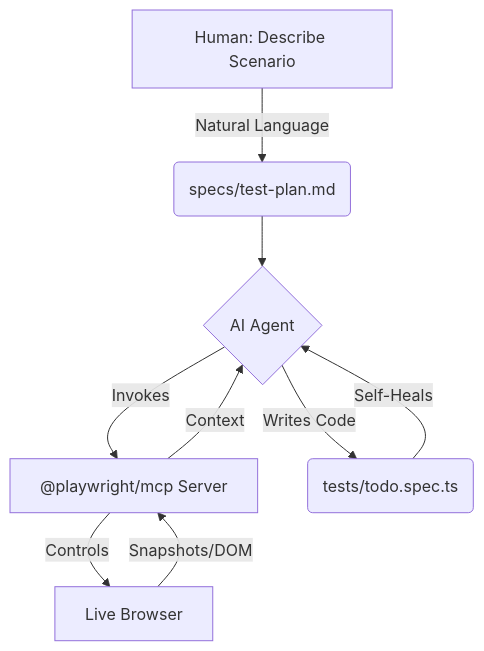
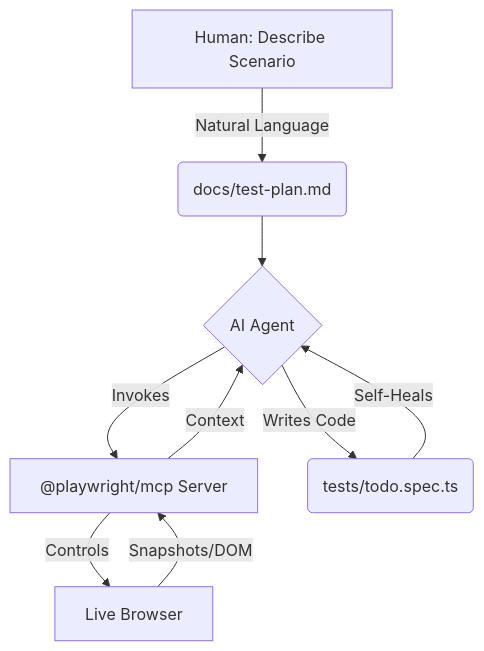
One commit to albertryanlamar/saucDemoPlaywright-MCP changed the diagram in README.md. Above: the diagram before and after it, drawn with Mermaid.

````diff
--- a/README.md
+++ b/README.md
@@ -35,11 +35,11 @@
 ```mermaid
 graph TD
-    A[Human: Describe Scenario] -->|Natural Language| B(specs/test-plan.md)
+    A[Human: Describe Scenario] -->|Natural Language| B(docs/test-plan.md)
     B --> C{AI Agent}
     C -->|Invokes| D["@playwright/mcp Server"]
     D -->|Controls| E[Live Browser]
     E -->|Snapshots/DOM| D
     D -->|Context| C
     C -->|Writes Code| F(tests/todo.spec.ts)
     F -->|Self-Heals| C
 ```
````
